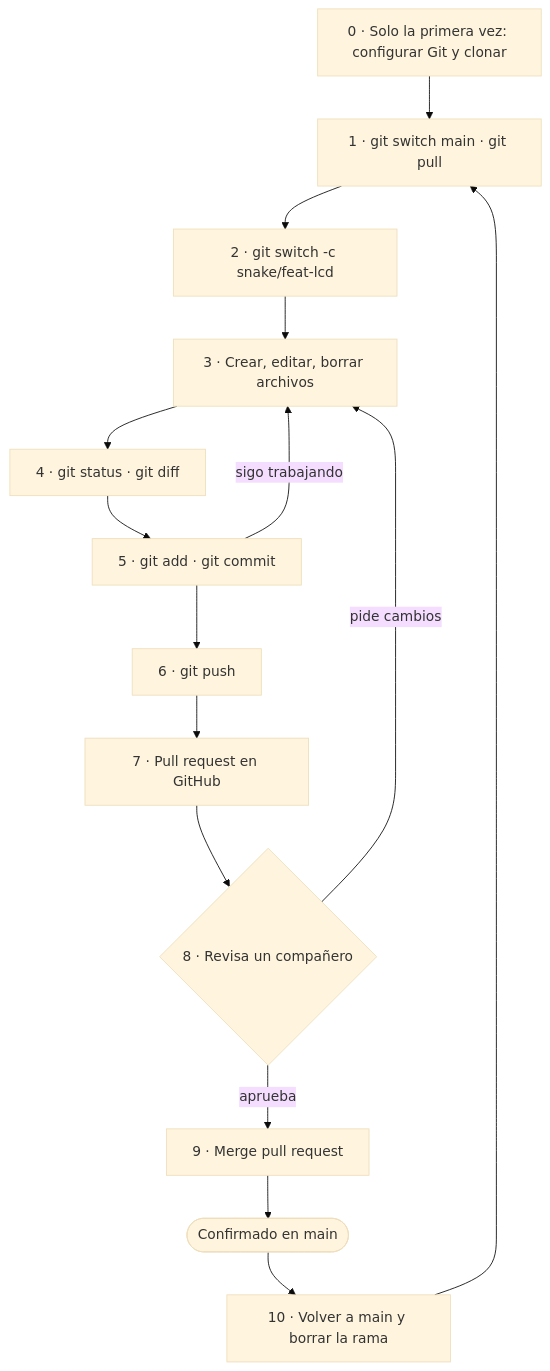
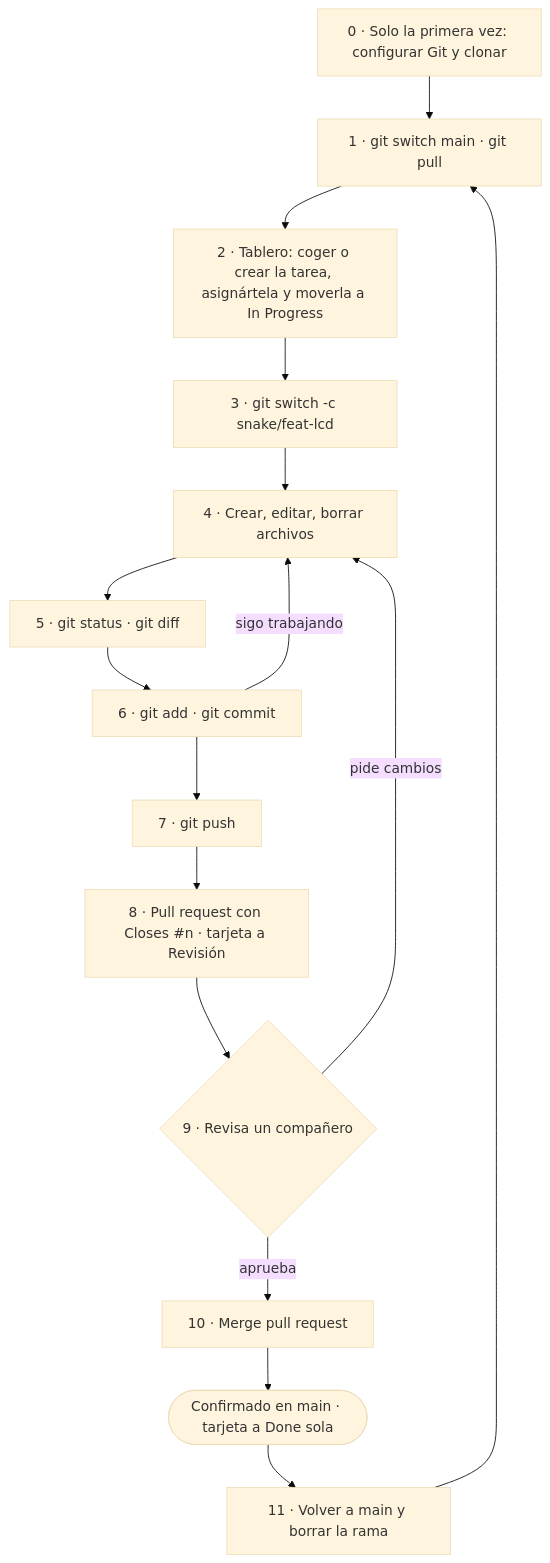
The diagram in GUIA_GIT.md (Erin2231/SED_y_entos_noH2O_G23), drawn with Mermaid (base theme) before and after one commit. The commit also changed other lines of this file and 2 other files, not shown here.

Commit message:
docs: añade el uso del tablero Kanban a la guía Git

````diff
--- a/GUIA_GIT.md
+++ b/GUIA_GIT.md
@@ -6,17 +6,18 @@
 ```mermaid
 flowchart TD
   A["0 · Solo la primera vez: configurar Git y clonar"] --> B["1 · git switch main · git pull"]
-  B --> C["2 · git switch -c snake/feat-lcd"]
-  C --> D["3 · Crear, editar, borrar archivos"]
-  D --> E["4 · git status · git diff"]
-  E --> F["5 · git add · git commit"]
+  B --> T["2 · Tablero: coger o crear la tarea, asignártela y moverla a In Progress"]
+  T --> C["3 · git switch -c snake/feat-lcd"]
+  C --> D["4 · Crear, editar, borrar archivos"]
+  D --> E["5 · git status · git diff"]
+  E --> F["6 · git add · git commit"]
   F -->|sigo trabajando| D
-  F --> G["6 · git push"]
-  G --> H["7 · Pull request en GitHub"]
-  H --> I{"8 · Revisa un compañero"}
+  F --> G["7 · git push"]
+  G --> H["8 · Pull request con Closes #n · tarjeta a Revisión"]
+  H --> I{"9 · Revisa un compañero"}
   I -->|pide cambios| D
-  I -->|aprueba| J["9 · Merge pull request"]
-  J --> K(["Confirmado en main"])
-  K --> L["10 · Volver a main y borrar la rama"]
+  I -->|aprueba| J["10 · Merge pull request"]
+  J --> K(["Confirmado en main · tarjeta a Done sola"])
+  K --> L["11 · Volver a main y borrar la rama"]
   L --> B
 ```
````
